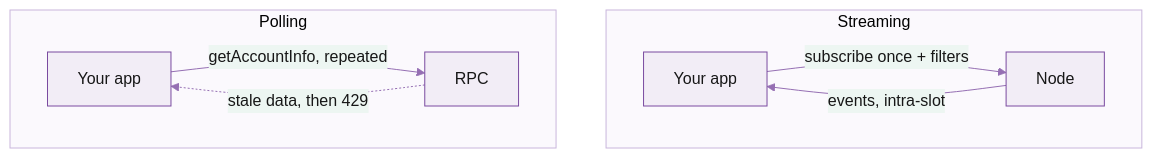
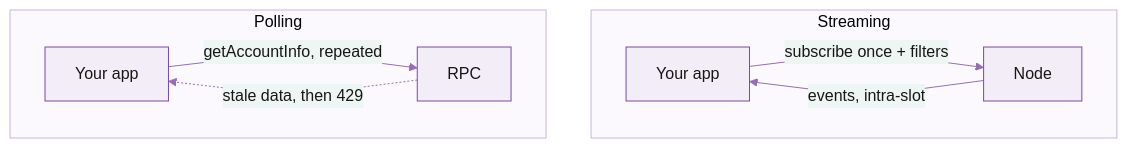
One commit to praptisharma28/triton-docs-v5 changed the diagram in documentation/real-time-streaming.md. Above: the diagram before and after it, drawn with Mermaid.

Commit message:
Streaming: force republish (spacing config) to bust stale CDN render

````diff
--- a/documentation/real-time-streaming.md
+++ b/documentation/real-time-streaming.md
@@ -13,15 +13,15 @@
 ```mermaid
-%%{init: {'theme':'base','themeVariables':{'primaryColor':'#F2EDF6','primaryBorderColor':'#7A4BA0','primaryTextColor':'#171717','lineColor':'#956FB3','clusterBkg':'#FBF9FD','clusterBorder':'#C9B6DC'}}}%%
+%%{init: {'theme':'base','themeVariables':{'primaryColor':'#F2EDF6','primaryBorderColor':'#7A4BA0','primaryTextColor':'#171717','lineColor':'#956FB3','clusterBkg':'#FBF9FD','clusterBorder':'#C9B6DC'},'flowchart':{'nodeSpacing':30,'rankSpacing':45,'curve':'linear'}}}%%
 flowchart LR
     subgraph P["Polling"]
         direction LR
         pa["Your app"] -->|"getAccountInfo, repeated"| pr["RPC"]
         pr -. "stale data, then 429" .-> pa
     end
     subgraph S["Streaming"]
         direction LR
         sa["Your app"] -->|"subscribe once + filters"| sn["Node"]
         sn -->|"events, intra-slot"| sa
     end
     P ~~~ S
 ```
````
